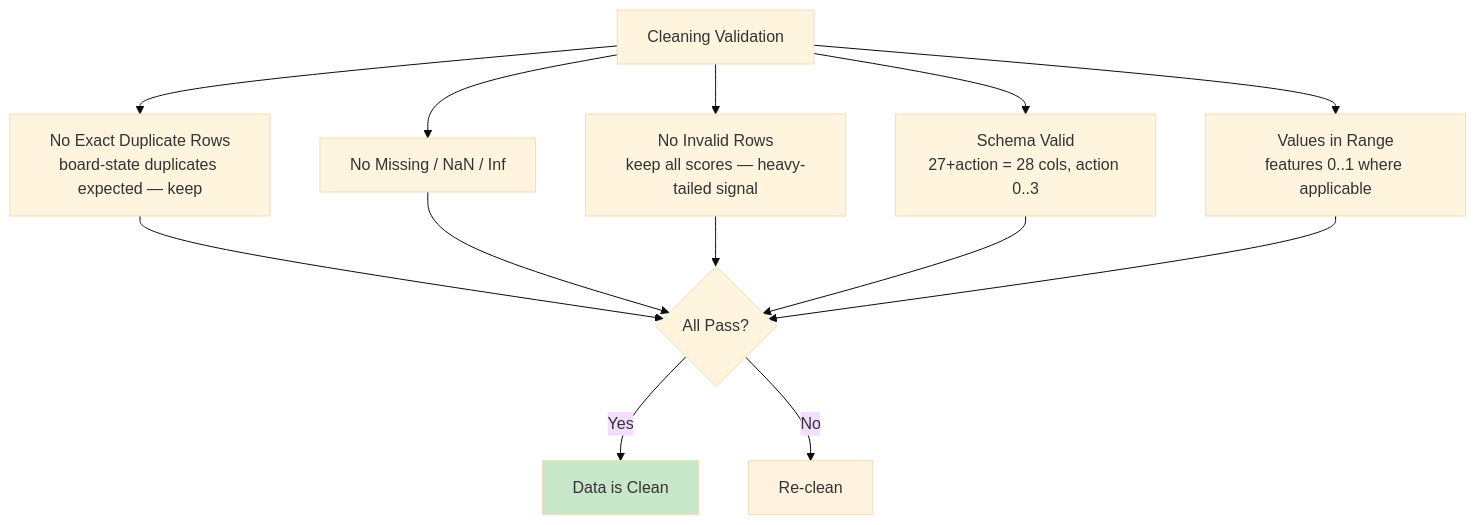
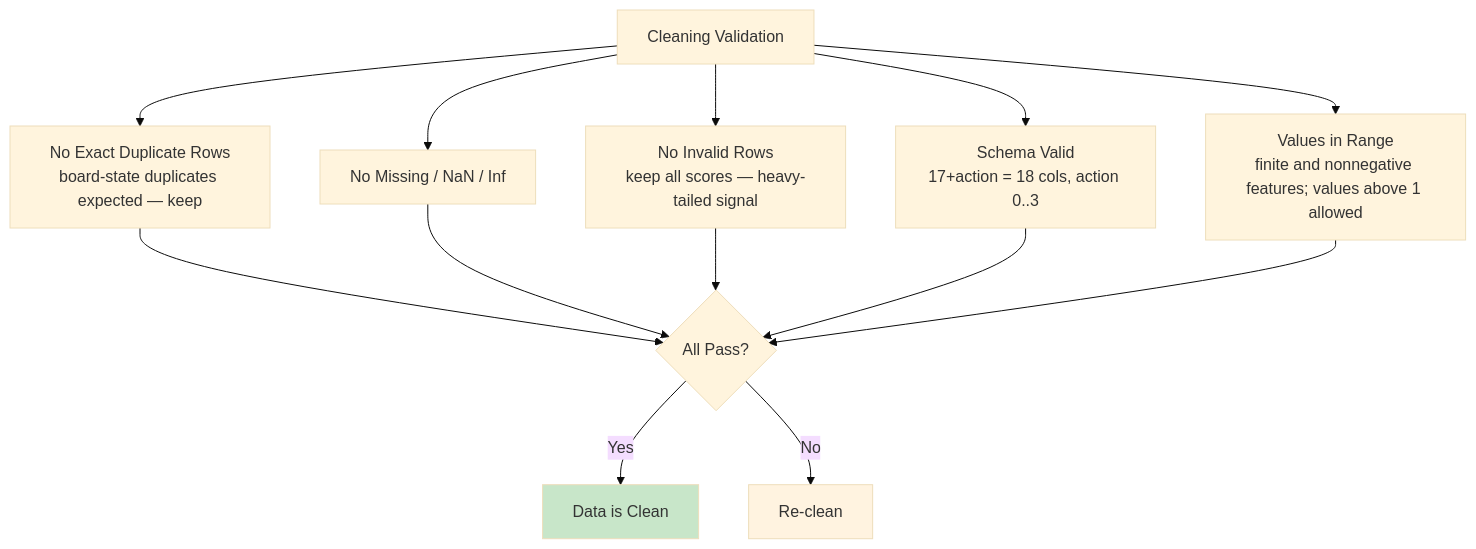
Before and after one commit to Evintkoo/2048-ml: the sixth of 8 diagrams in plans/06-Data/04-Preprocessing/01-data-cleaning.md, drawn with Mermaid (base theme). The commit also changed other lines of this file and 198 other files, not shown here.

````diff
--- a/plans/06-Data/04-Preprocessing/01-data-cleaning.md
+++ b/plans/06-Data/04-Preprocessing/01-data-cleaning.md
@@ -135,20 +135,20 @@
 ```mermaid
 flowchart TD
     Validation[Cleaning Validation]
     Validation --> Check1[No Exact Duplicate Rows<br/>board-state duplicates expected — keep]
     Validation --> Check2[No Missing / NaN / Inf]
     Validation --> Check3[No Invalid Rows<br/>keep all scores — heavy-tailed signal]
-    Validation --> Check4[Schema Valid<br/>27+action = 28 cols, action 0..3]
-    Validation --> Check5[Values in Range<br/>features 0..1 where applicable]
+    Validation --> Check4[Schema Valid<br/>17+action = 18 cols, action 0..3]
+    Validation --> Check5[Values in Range<br/>finite and nonnegative features; values above 1 allowed]
     
     Check1 --> Pass{All Pass?}
     Check2 --> Pass
     Check3 --> Pass
     Check4 --> Pass
     Check5 --> Pass
     Pass --> |Yes| Clean[Data is Clean]
     Pass --> |No| Iterate[Re-clean]
     
     style Clean fill:#c8e6c9
     style Iterate fill:#fff3e0
 ```
````
